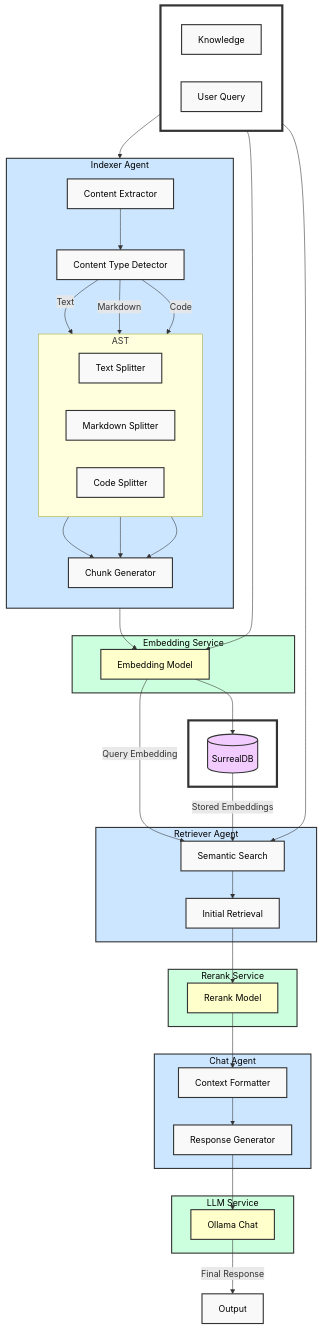
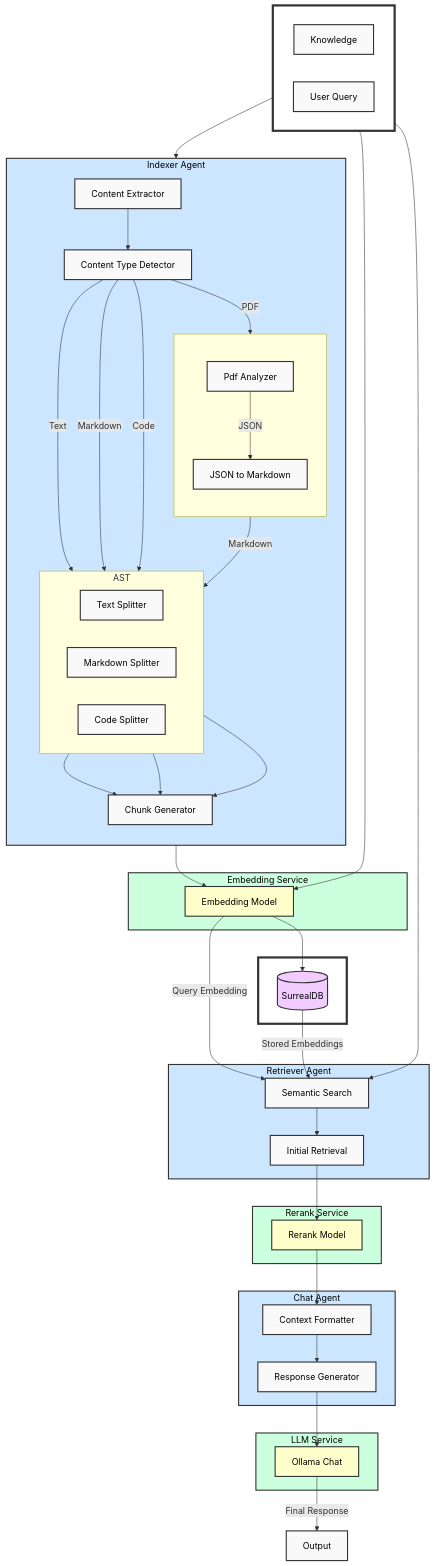
Before and after one commit to VertexStudio/bioma: the second of 2 diagrams in bioma_llm/examples/rag_server.md, drawn with Mermaid.

Commit message:
Adding PDF analyzer flow to rag_server.md

```diff
--- a/bioma_llm/examples/rag_server.md
+++ b/bioma_llm/examples/rag_server.md
@@ -69,6 +69,12 @@
         direction TB
         FileReader[Content Extractor]
         TypeDetector[Content Type Detector]
+
+        subgraph PdfToMarkdown[" "]
+            direction TB
+            PdfAnalyzer[Pdf Analyzer]
+            JsonToMarkdown[JSON to Markdown]
+        end
         
         subgraph Splitters["AST"]
             direction LR
@@ -108,8 +114,13 @@
 
     RawDocs --> FileReader
     FileReader --> TypeDetector
+    TypeDetector -->|PDF| PdfAnalyzer
+
+    PdfAnalyzer -->|JSON| JsonToMarkdown
+
     TypeDetector -->|Text| TextSplitter
     TypeDetector -->|Markdown| MarkdownSplitter
+    JsonToMarkdown --> |Markdown| MarkdownSplitter
     TypeDetector -->|Code| CodeSplitter
     
     TextSplitter --> ChunkGenerator
```
